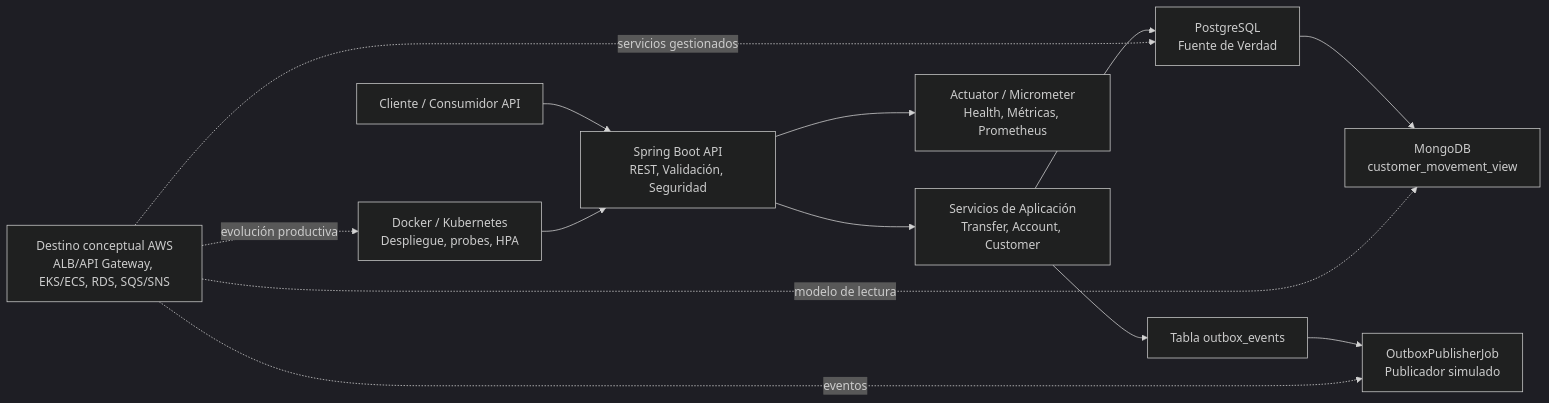
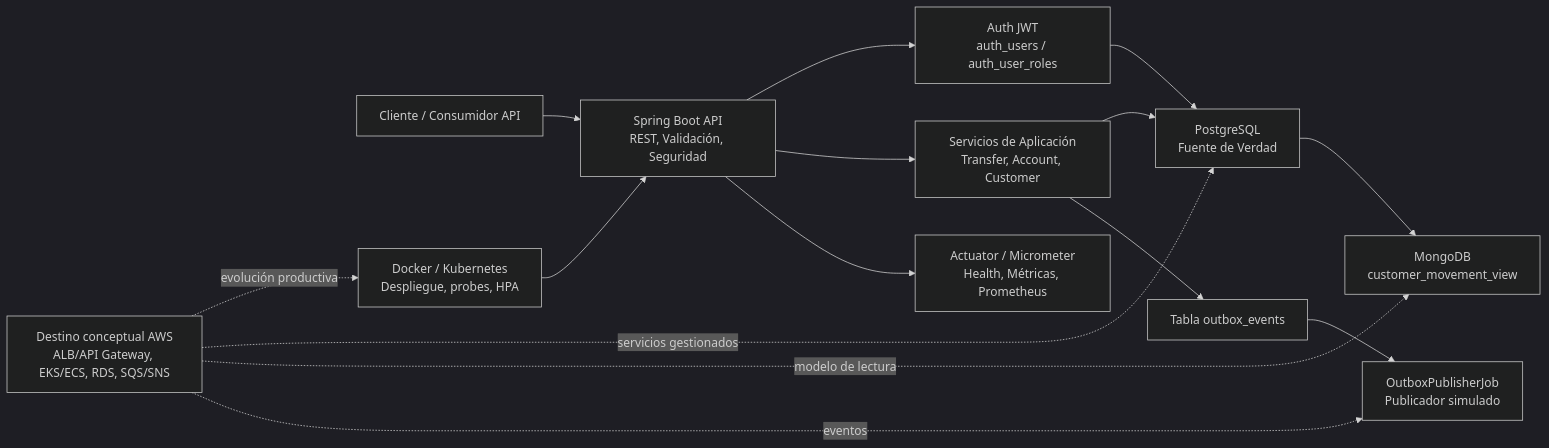
Before and after one commit to imfreco/bank-core-evolution-lab: the first of 4 diagrams in docs/architecture.md, drawn with Mermaid (dark theme). The commit also changed other lines of this file and 27 other files, not shown here.

Commit message:
feat: users and roles tables migration created and jwt login endpoint added

````diff
--- a/docs/architecture.md
+++ b/docs/architecture.md
@@ -7,26 +7,29 @@
 ```mermaid
 flowchart LR
     Consumer["Cliente / Consumidor API"]
     API["Spring Boot API<br/>REST, Validación, Seguridad"]
+    Auth["Auth JWT<br/>auth_users / auth_user_roles"]
     Transfer["Servicios de Aplicación<br/>Transfer, Account, Customer"]
     PostgreSQL["PostgreSQL<br/>Fuente de Verdad"]
     Outbox["Tabla outbox_events"]
     Publisher["OutboxPublisherJob<br/>Publicador simulado"]
     Mongo["MongoDB<br/>customer_movement_view"]
     Metrics["Actuator / Micrometer<br/>Health, Métricas, Prometheus"]
     Runtime["Docker / Kubernetes<br/>Despliegue, probes, HPA"]
     AWS["Destino conceptual AWS<br/>ALB/API Gateway, EKS/ECS, RDS, SQS/SNS"]
 
     Consumer --> API
+    API --> Auth
     API --> Transfer
+    Auth --> PostgreSQL
     Transfer --> PostgreSQL
     Transfer --> Outbox
     Outbox --> Publisher
     PostgreSQL --> Mongo
     API --> Metrics
     Runtime --> API
     AWS -. evolución productiva .-> Runtime
     AWS -. servicios gestionados .-> PostgreSQL
     AWS -. modelo de lectura .-> Mongo
     AWS -. eventos .-> Publisher
 ```
````
